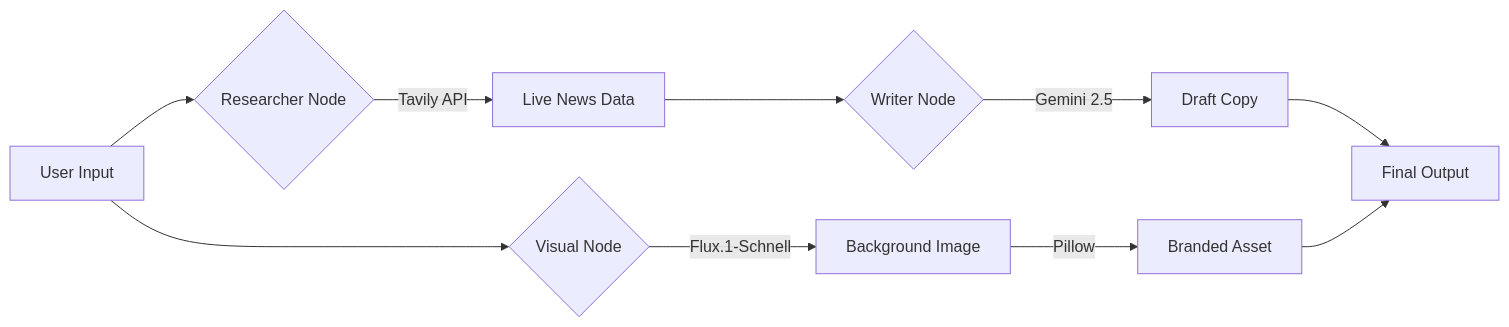
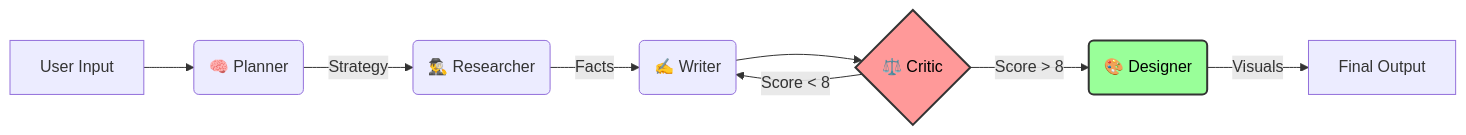
The diagram in README.md (Eatosin/NewsAgent-Pro), drawn with Mermaid before and after one commit. The commit also changed other lines of this file, not shown here.

````diff
--- a/README.md
+++ b/README.md
@@ -35,12 +38,13 @@
 ```mermaid
 graph LR
-    A[User Input] --> B{Researcher Node}
-    B -->|Tavily API| C[Live News Data]
-    C --> D{Writer Node}
-    D -->|Gemini 2.5| E[Draft Copy]
-    A --> F{Visual Node}
-    F -->|Flux.1-Schnell| G[Background Image]
-    G -->|Pillow| H[Branded Asset]
-    E --> I[Final Output]
-    H --> I
+    A[User Input] --> B(🧠 Planner)
+    B -->|Strategy| C(🕵️‍♂️ Researcher)
+    C -->|Facts| D(✍️ Writer)
+    D --> E{⚖️ Critic}
+    E -->|Score < 8| D
+    E -->|Score > 8| F(🎨 Designer)
+    F -->|Visuals| G[Final Output]
+
+    style E fill:#ff9999,stroke:#333,stroke-width:2px,color:black
+    style F fill:#99ff99,stroke:#333,stroke-width:2px,color:black
 ```
````
